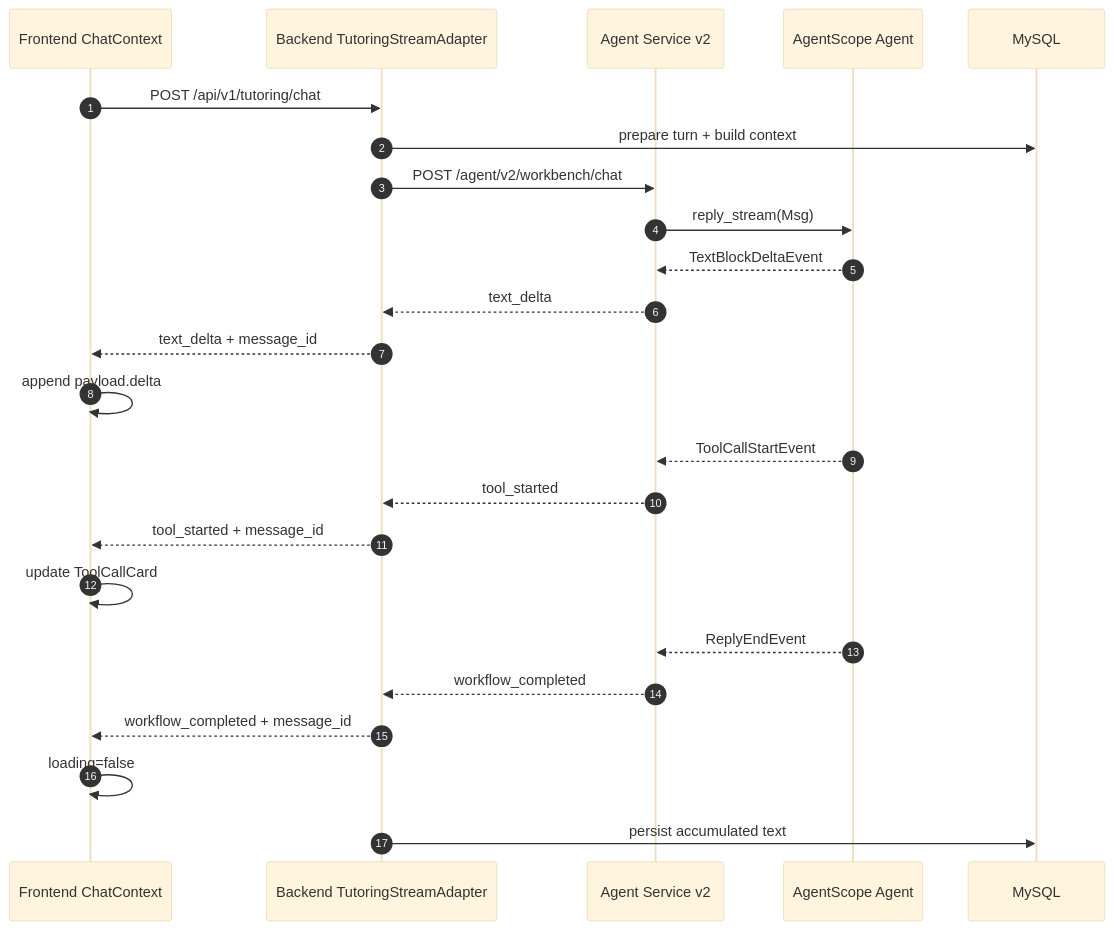
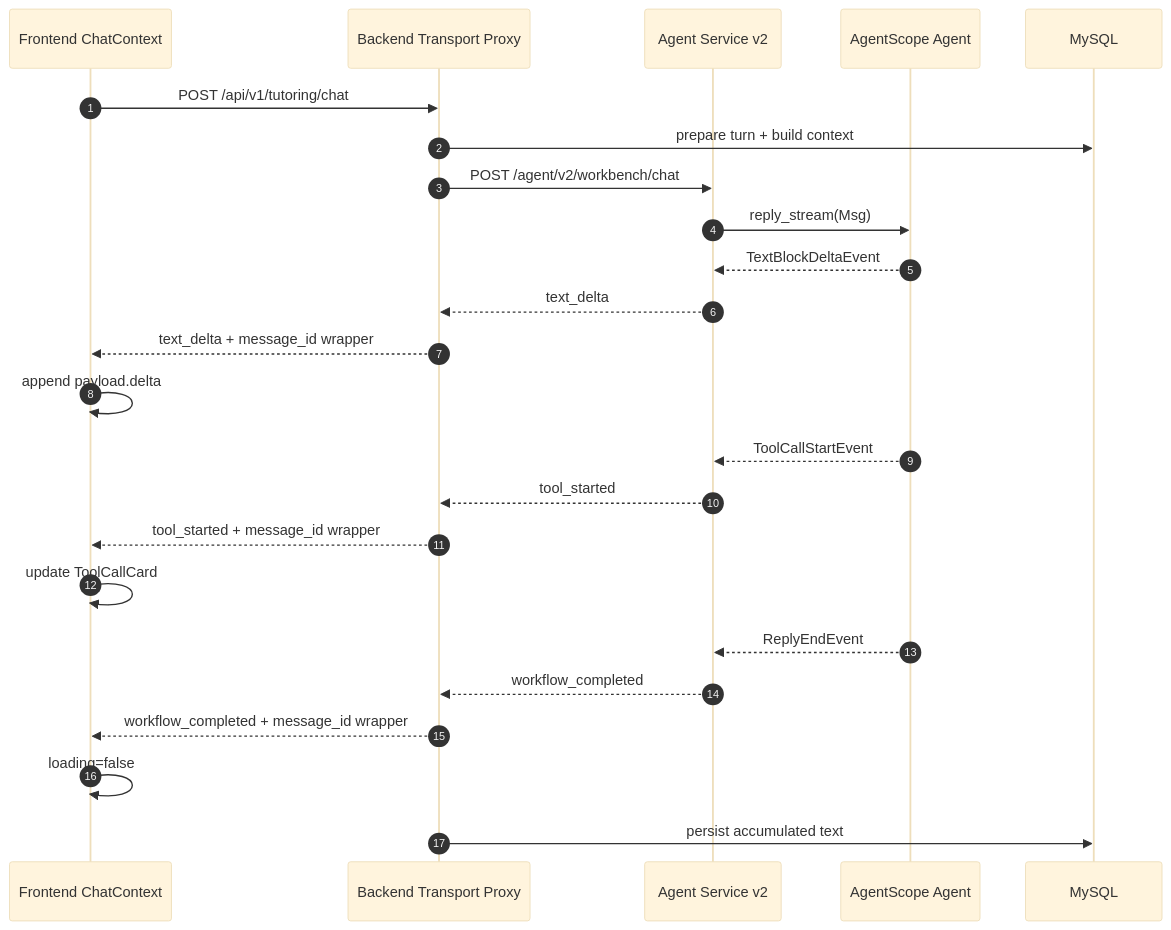
One commit to coding-leaf/DUagent changed the second of 2 diagrams in docs/superpowers/specs/2026-07-01-ai-chat-native-edu-v2-events-design.md. Above: the diagram before and after it, drawn with Mermaid (base theme). The commit also changed other lines of this file and 1 other file, not shown here.

````diff
--- a/docs/superpowers/specs/2026-07-01-ai-chat-native-edu-v2-events-design.md
+++ b/docs/superpowers/specs/2026-07-01-ai-chat-native-edu-v2-events-design.md
@@ -209,27 +221,27 @@
 ```mermaid
 sequenceDiagram
   autonumber
   participant FE as Frontend ChatContext
-  participant BE as Backend TutoringStreamAdapter
+  participant BE as Backend Transport Proxy
   participant AS as Agent Service v2
   participant AG as AgentScope Agent
   participant DB as MySQL
 
   FE->>BE: POST /api/v1/tutoring/chat
   BE->>DB: prepare turn + build context
   BE->>AS: POST /agent/v2/workbench/chat
   AS->>AG: reply_stream(Msg)
   AG-->>AS: TextBlockDeltaEvent
   AS-->>BE: text_delta
-  BE-->>FE: text_delta + message_id
+  BE-->>FE: text_delta + message_id wrapper
   FE->>FE: append payload.delta
   AG-->>AS: ToolCallStartEvent
   AS-->>BE: tool_started
-  BE-->>FE: tool_started + message_id
+  BE-->>FE: tool_started + message_id wrapper
   FE->>FE: update ToolCallCard
   AG-->>AS: ReplyEndEvent
   AS-->>BE: workflow_completed
-  BE-->>FE: workflow_completed + message_id
+  BE-->>FE: workflow_completed + message_id wrapper
   FE->>FE: loading=false
   BE->>DB: persist accumulated text
 ```
````
